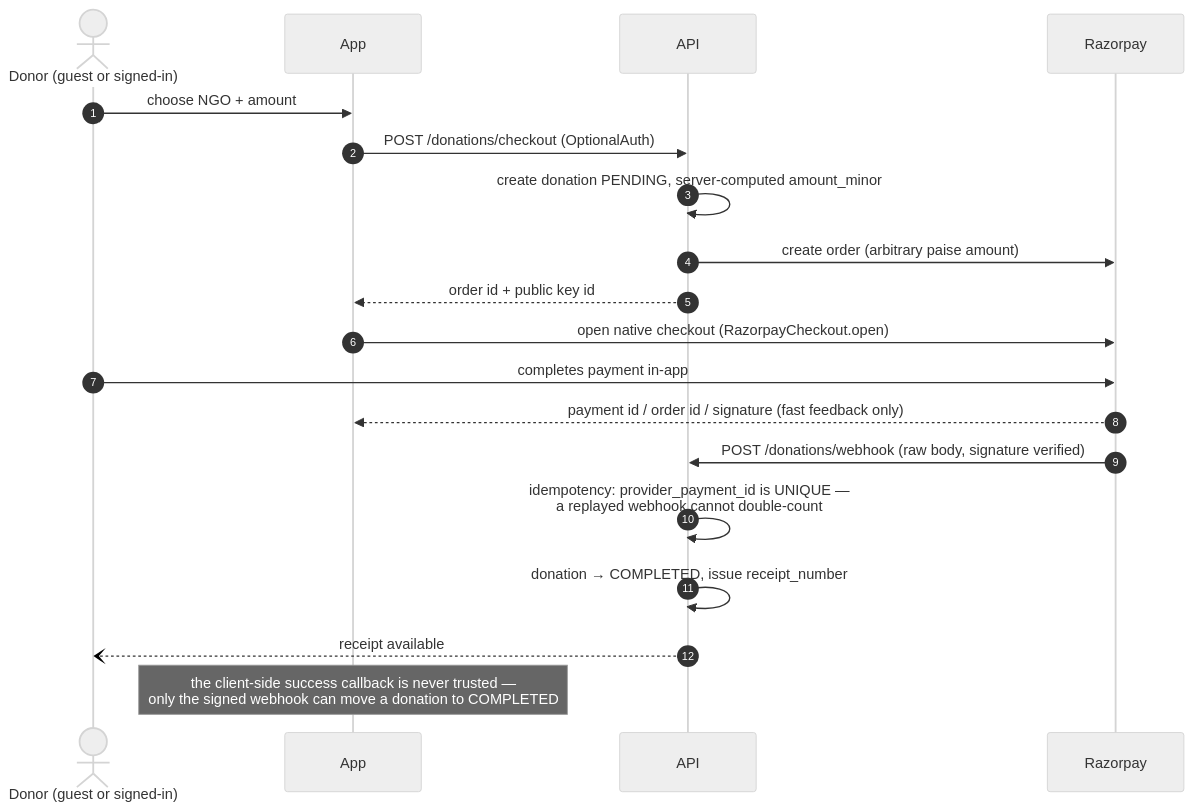
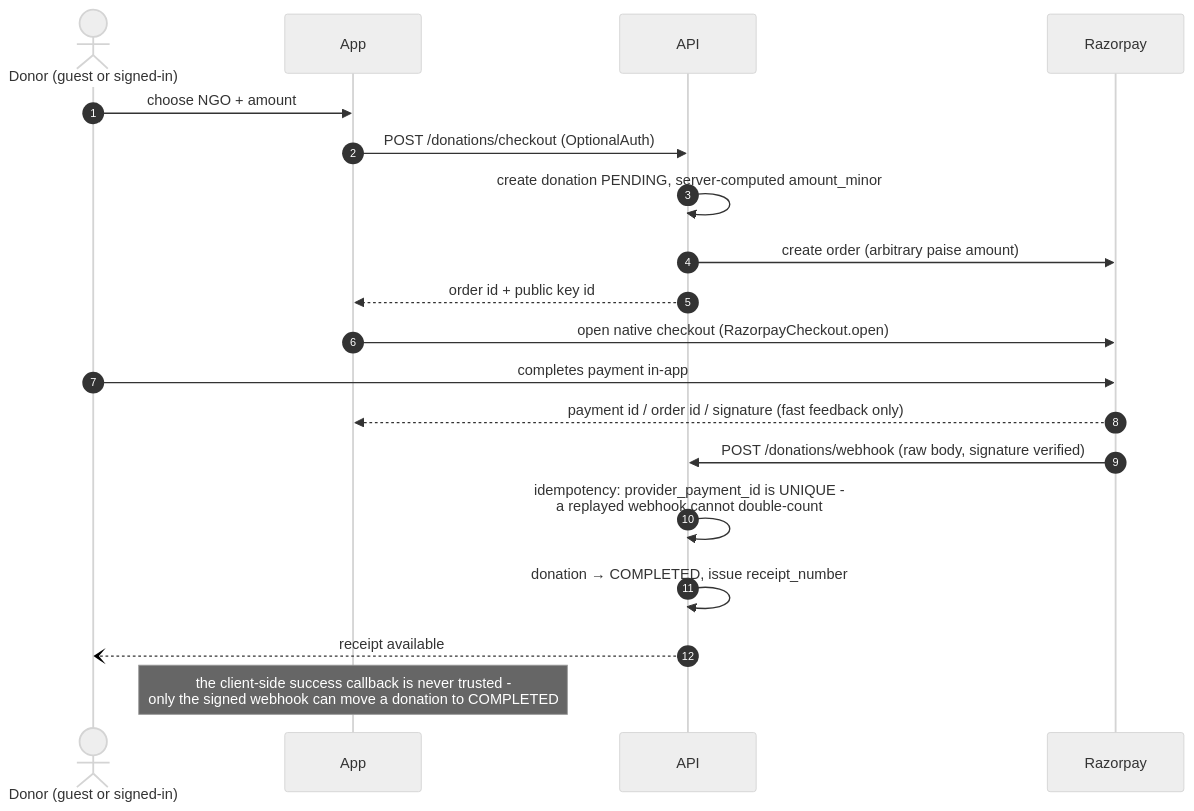
Before and after one commit to SinghAman21/nabhya: diagram 11 of 15 in final-year-report.md, drawn with Mermaid (neutral theme). The commit also changed other lines of this file and 270 other files, not shown here.

````diff
--- a/final-year-report.md
+++ b/final-year-report.md
@@ -932,22 +932,22 @@
 ```mermaid
 sequenceDiagram
     autonumber
     actor D as Donor (guest or signed-in)
     participant App as App
     participant API as API
     participant RZP as Razorpay
 
     D->>App: choose NGO + amount
     App->>API: POST /donations/checkout (OptionalAuth)
     API->>API: create donation PENDING, server-computed amount_minor
     API->>RZP: create order (arbitrary paise amount)
     API-->>App: order id + public key id
     App->>RZP: open native checkout (RazorpayCheckout.open)
     D->>RZP: completes payment in-app
     RZP-->>App: payment id / order id / signature (fast feedback only)
     RZP->>API: POST /donations/webhook (raw body, signature verified)
-    API->>API: idempotency: provider_payment_id is UNIQUE —<br/>a replayed webhook cannot double-count
+    API->>API: idempotency: provider_payment_id is UNIQUE -<br/>a replayed webhook cannot double-count
     API->>API: donation → COMPLETED, issue receipt_number
     API--)D: receipt available
-    Note over App: the client-side success callback is never trusted —<br/>only the signed webhook can move a donation to COMPLETED
+    Note over App: the client-side success callback is never trusted -<br/>only the signed webhook can move a donation to COMPLETED
 ```
````
